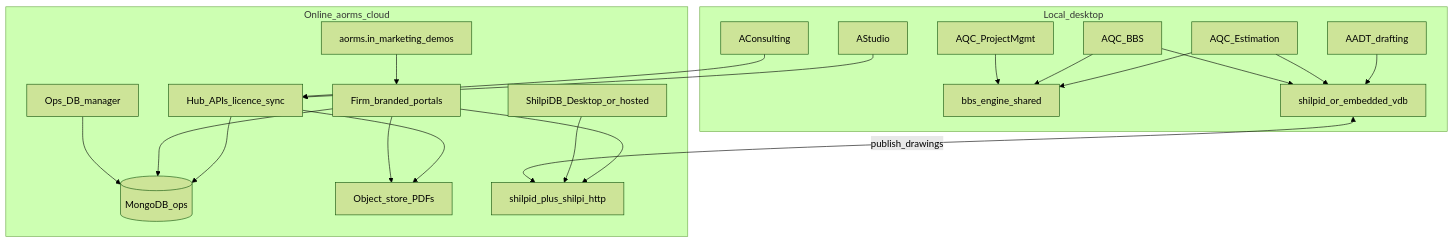
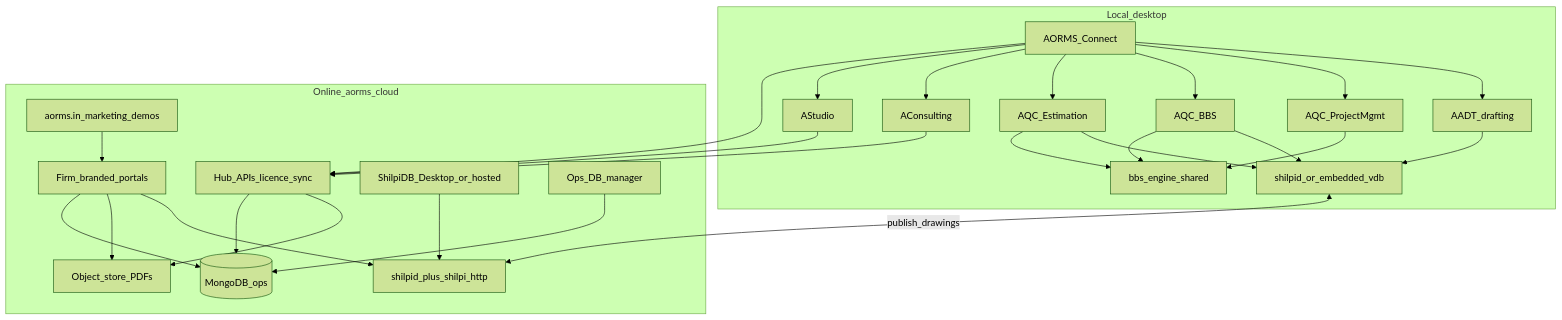
One commit to HolagundiWorks/aorms changed the diagram in docs/esti/AORMS-SUITE.md. Above: the diagram before and after it, drawn with Mermaid (forest theme). The commit also changed other lines of this file and 12 other files, not shown here.

First line of the commit message:
Introduce AORMS Connect as suite core (C0–C1).

````diff
--- a/docs/esti/AORMS-SUITE.md
+++ b/docs/esti/AORMS-SUITE.md
@@ -19,40 +20,48 @@
 ```mermaid
 flowchart TB
   subgraph local [Local_desktop]
+    Conn[AORMS_Connect]
     AS[AStudio]
     AC[AConsulting]
     EST[AQC_Estimation]
     BBS[AQC_BBS]
     PM[AQC_ProjectMgmt]
     AAD[AADT_drafting]
     Engine[bbs_engine_shared]
     ShilpiLocal[shilpid_or_embedded_vdb]
   end
   subgraph online [Online_aorms_cloud]
     Web[aorms.in_marketing_demos]
     Portal[Firm_branded_portals]
     HubAPI[Hub_APIs_licence_sync]
     Mongo[(MongoDB_ops)]
     ObjStore[Object_store_PDFs]
     ShilpiMgr[ShilpiDB_Desktop_or_hosted]
     ShilpiNet[shilpid_plus_shilpi_http]
     DbMgr[Ops_DB_manager]
   end
+  Conn --> HubAPI
+  Conn --> AS
+  Conn --> AC
+  Conn --> EST
+  Conn --> BBS
+  Conn --> PM
+  Conn --> AAD
   AS --> HubAPI
   AC --> HubAPI
   EST --> Engine
   BBS --> Engine
   PM --> Engine
   AAD --> ShilpiLocal
   EST --> ShilpiLocal
   BBS --> ShilpiLocal
   HubAPI --> Mongo
   HubAPI --> ObjStore
   Portal --> Mongo
   Portal --> ObjStore
   Portal --> ShilpiNet
   DbMgr --> Mongo
   ShilpiMgr --> ShilpiNet
   ShilpiLocal <-->|publish_drawings| ShilpiNet
   Web --> Portal
 ```
````
